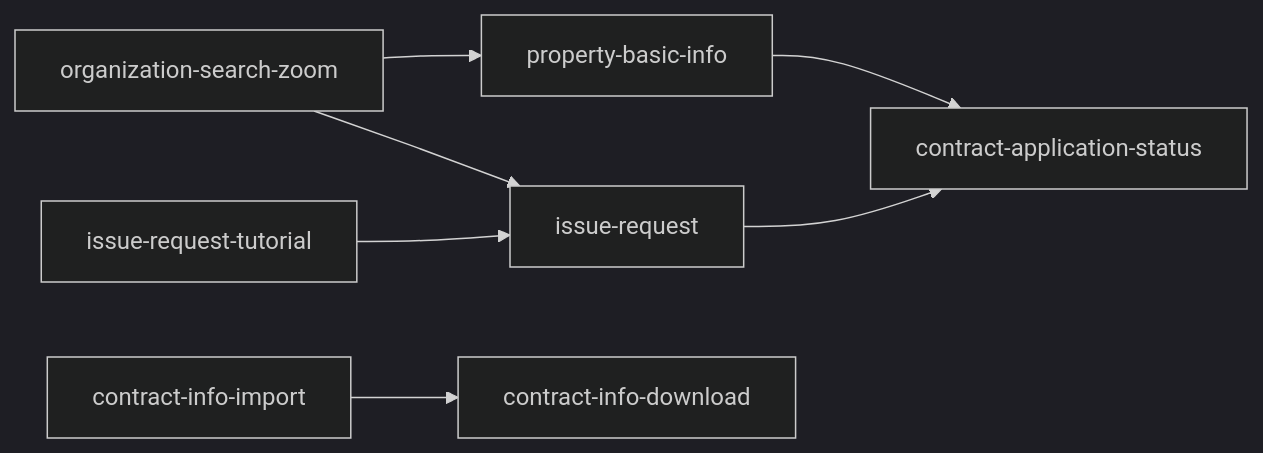
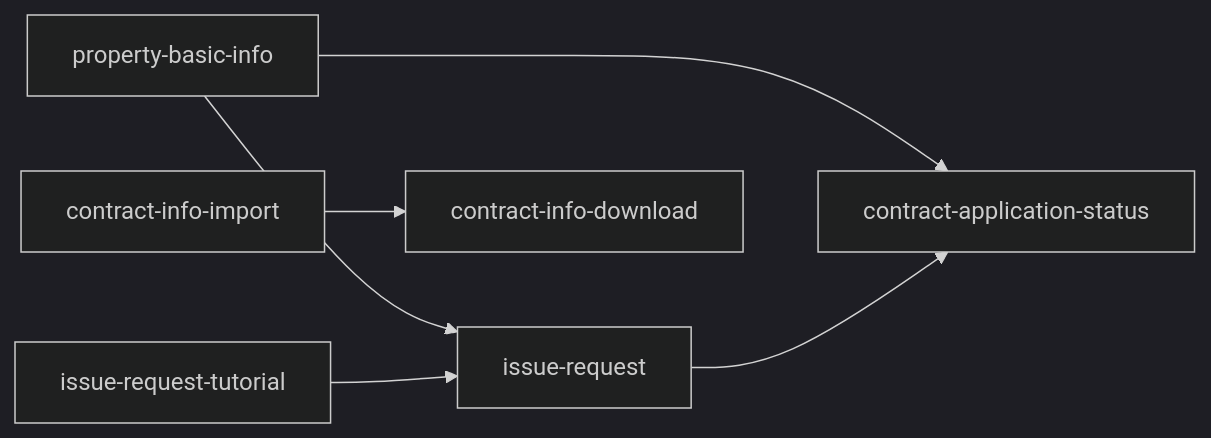
One commit to masato-teramoto/Wing changed the diagram in .aidd/feature-list.md. Above: the diagram before and after it, drawn with Mermaid (dark theme). The commit also changed other lines of this file and 32 other files, not shown here.

````diff
--- a/.aidd/feature-list.md
+++ b/.aidd/feature-list.md
@@ -109,17 +134,15 @@
 ```mermaid
 flowchart LR
-    ZOOM[organization-search-zoom]
     PROP[property-basic-info]
     TUTO[issue-request-tutorial]
     ISSU[issue-request]
     STAT[contract-application-status]
     IMPO[contract-info-import]
     DOWN[contract-info-download]
 
-    ZOOM --> PROP
-    ZOOM --> ISSU
+    PROP --> ISSU
     TUTO --> ISSU
     PROP --> STAT
     ISSU --> STAT
     IMPO --> DOWN
 ```
````
